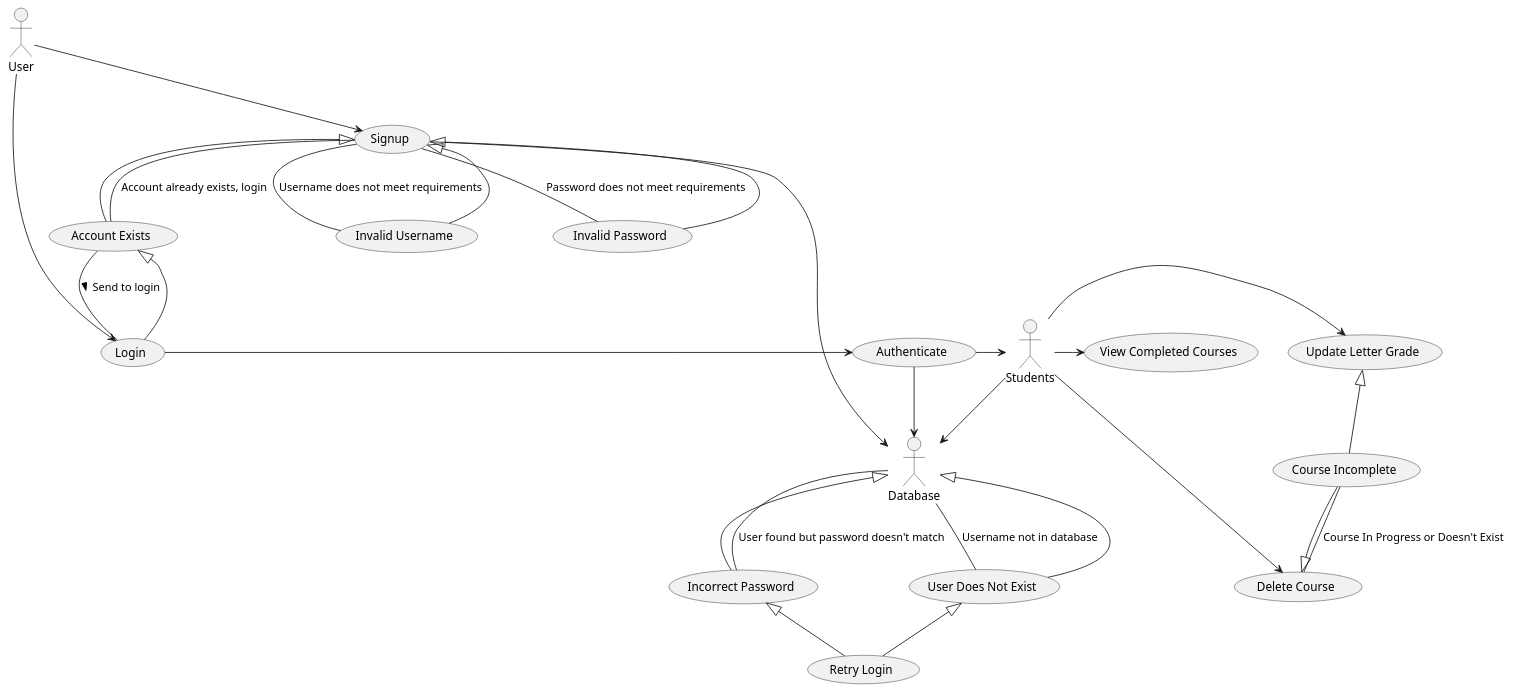
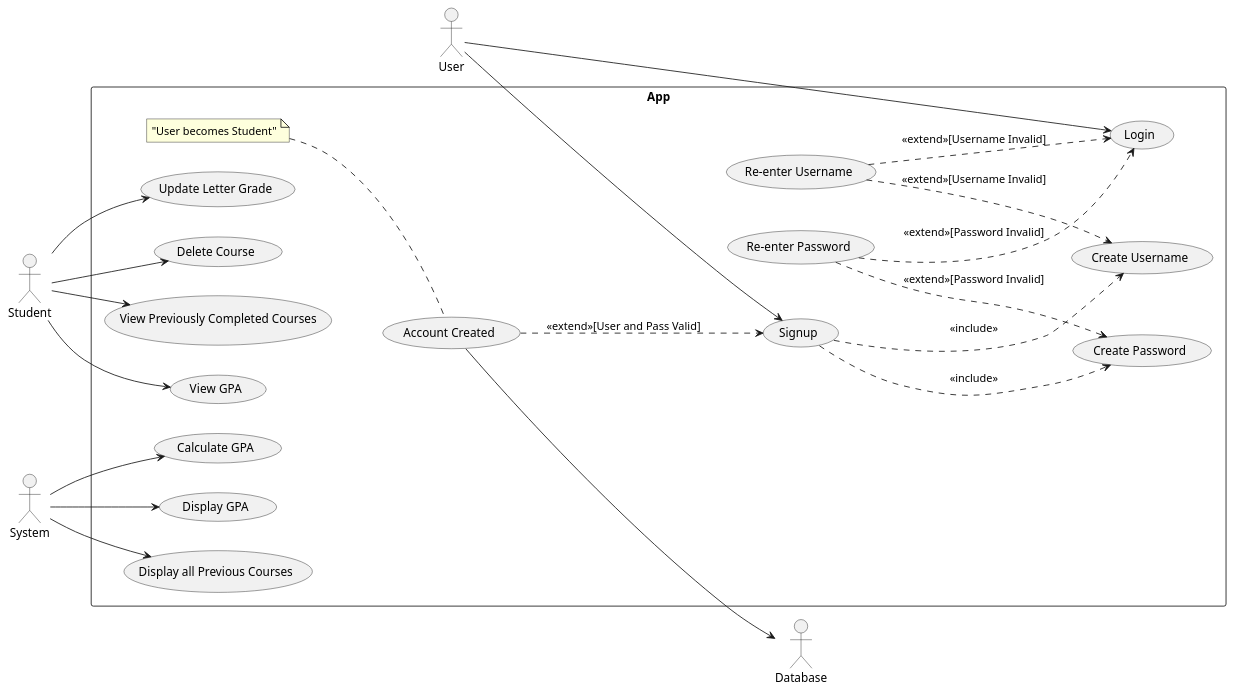
The diagram in uml/use_case.wsd (arrogancebegetsgreed/Project-1---Left-Out-Group-), drawn with PlantUML before and after one commit.

Commit message:
Fixing use_case P1

```diff
--- a/uml/use_case.wsd
+++ b/uml/use_case.wsd
@@ -1,32 +1,41 @@
-@startuml use_case
+@startuml
+skinparam packageStyle rectangle
+left to right direction
+
 :User:
-:Students:
+:Student:
+:System:
 :Database:
+
+package "App" {
+User --> (Login)
 User --> (Signup)
-User --> (Login)
-(Signup) -> Database
-(Login) -> (Authenticate)
-(Authenticate) -> Database
-Database <|-- (User Does Not Exist)
-(User Does Not Exist) - Database : Username not in database
-Database <|-- (Incorrect Password)
-(Incorrect Password) - Database : User found but password doesn't match
-(Incorrect Password) <|-- (Retry Login)
-(User Does Not Exist) <|-- (Retry Login)
-(Signup) <|-- (Invalid Username)
-(Invalid Username) - (Signup) : Username does not meet requirements
-(Signup) <|-- (Invalid Password)
-(Invalid Password) - (Signup) : Password does not meet requirements
-(Signup) <|-- (Account Exists)
-(Account Exists) - (Signup) : Account already exists, login
-(Account Exists) <|-- (Login)
-(Account Exists) - Login : Send to login >
-(Authenticate) -> Students
-Students --> Database
-Students -> (View Completed Courses)
-Students -> (Update Letter Grade)
-(Update Letter Grade) <|-- (Course Incomplete)
-Students -> (Delete Course)
-(Delete Course) <|-- (Course Incomplete)
-(Course Incomplete) - (Delete Course) : Course In Progress or Doesn't Exist
+(Signup) ..> (Create Username): <<include>>
+(Signup) ..> (Create Password): <<include>>
+
+(Re-enter Username) ..> (Create Username): <<extend>>[Username Invalid]
+(Re-enter Password) ..> (Create Password): <<extend>>[Password Invalid]
+
+(Re-enter Username) ..> (Login): <<extend>>[Username Invalid]
+(Re-enter Password) ..> (Login): <<extend>>[Password Invalid]
+
+(Account Created) ..> (Signup):<<extend>>[User and Pass Valid]
+(Account Created) --> Database 
+note left of (Account Created):"User becomes Student"
+
+
+
+Student --> (View Previously Completed Courses)
+Student --> (View GPA)
+Student --> (Update Letter Grade)
+Student --> (Delete Course)
+
+
+System --> (Display all Previous Courses)
+System --> (Calculate GPA)
+System --> (Display GPA)
+
+
+}
+
 @enduml
```
